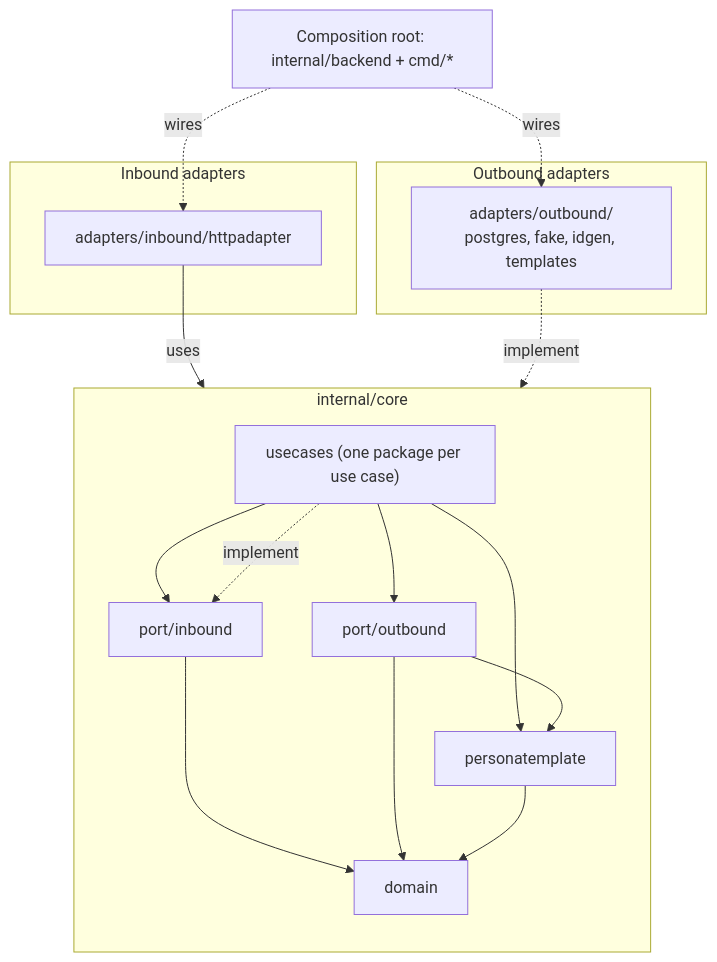
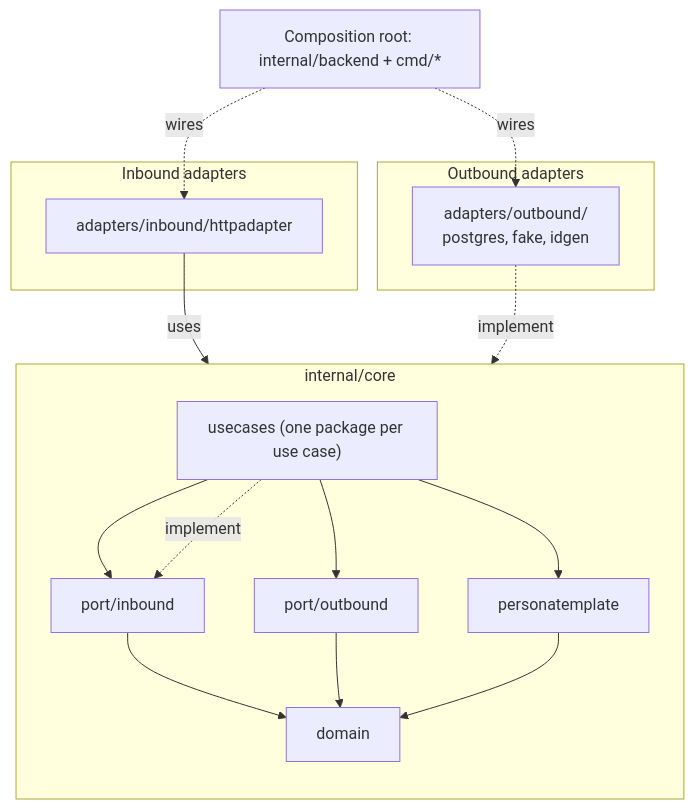
The diagram in backend/docs/ARCHITECTURE.md (TimoSto/tax-return-organizer), drawn with Mermaid before and after one commit. The commit also changed other lines of this file and 12 other files, not shown here.

````diff
--- a/backend/docs/ARCHITECTURE.md
+++ b/backend/docs/ARCHITECTURE.md
@@ -9,34 +9,33 @@
 ```mermaid
 flowchart TB
     subgraph IN["Inbound adapters"]
         http["adapters/inbound/httpadapter"]
     end
 
     subgraph CORE["internal/core"]
         direction TB
         usecases["usecases (one package per use case)"]
         inbound["port/inbound"]
         outbound["port/outbound"]
         pt["personatemplate"]
         domain["domain"]
         usecases --> inbound
         usecases --> outbound
         usecases --> pt
         inbound --> domain
-        outbound --> pt
         outbound --> domain
         pt --> domain
     end
 
     subgraph OUT["Outbound adapters"]
-        out["adapters/outbound/<br/>postgres, fake, idgen, templates"]
+        out["adapters/outbound/<br/>postgres, fake, idgen"]
     end
 
     root["Composition root: internal/backend + cmd/*"]
 
     http -->|uses| inbound
     usecases -.->|implement| inbound
     out -.->|implement| outbound
     root -.->|wires| http
     root -.->|wires| out
 ```
````
